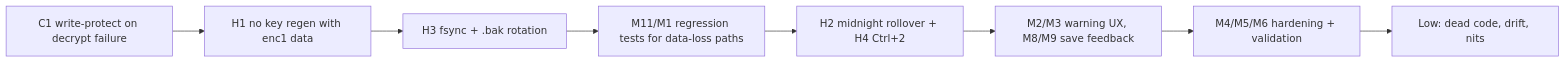
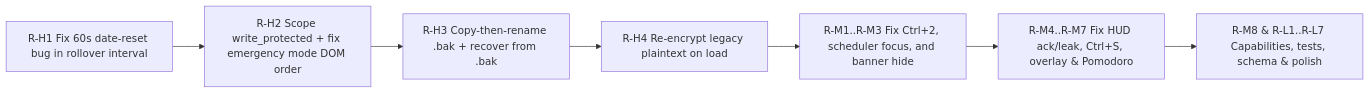
One commit to ZENN-NZ/ChronoWard changed the diagram in .icm/06_code_review/output/code_review_report.md. Above: the diagram before and after it, drawn with Mermaid. The commit also changed other lines of this file, not shown here.

Commit message:
docs(icm): record stage 06 pass 2 code review report

````diff
--- a/.icm/06_code_review/output/code_review_report.md
+++ b/.icm/06_code_review/output/code_review_report.md
@@ -109,10 +163,9 @@
 ```mermaid
 flowchart LR
-  A["C1 write-protect on decrypt failure"] --> B["H1 no key regen with enc1 data"]
-  B --> C["H3 fsync + .bak rotation"]
-  C --> D["M11/M1 regression tests for data-loss paths"]
-  D --> E["H2 midnight rollover + H4 Ctrl+2"]
-  E --> F["M2/M3 warning UX, M8/M9 save feedback"]
-  F --> G["M4/M5/M6 hardening + validation"]
-  G --> H["Low: dead code, drift, nits"]
+  A["R-H1 Fix 60s date-reset bug in rollover interval"] --> B["R-H2 Scope write_protected + fix emergency mode DOM order"]
+  B --> C["R-H3 Copy-then-rename .bak + recover from .bak"]
+  C --> D["R-H4 Re-encrypt legacy plaintext on load"]
+  D --> E["R-M1..R-M3 Fix Ctrl+2, scheduler focus, and banner hide"]
+  E --> F["R-M4..R-M7 Fix HUD ack/leak, Ctrl+S, overlay & Pomodoro"]
+  F --> G["R-M8 & R-L1..R-L7 Capabilities, tests, schema & polish"]
 ```
````
